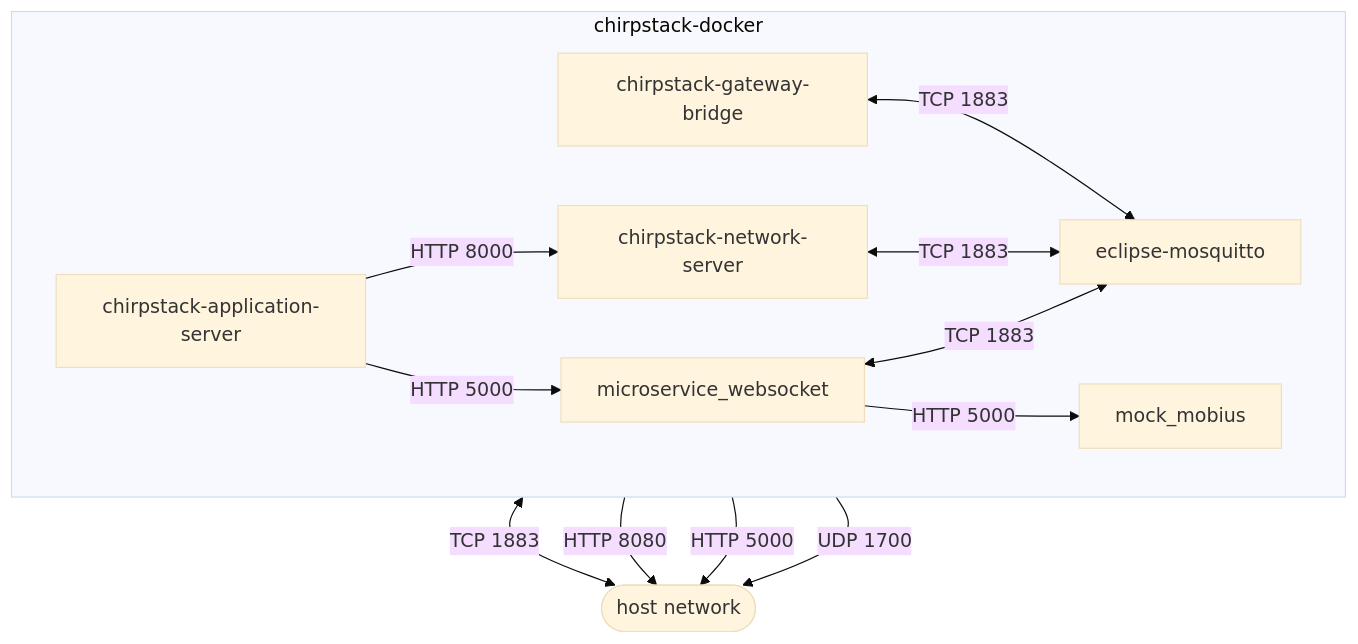
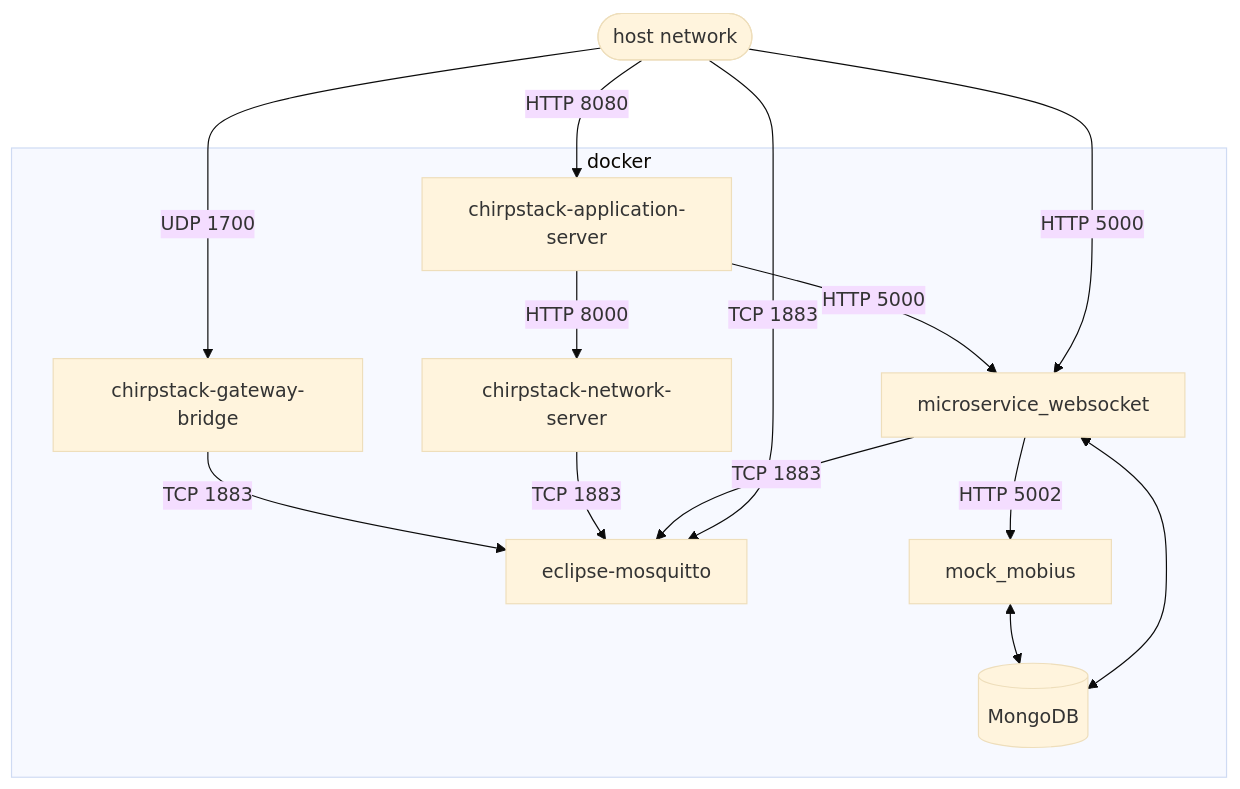
One commit to monemasrl/irma changed the third of 7 diagrams in README.md. Above: the diagram before and after it, drawn with Mermaid (base theme). The commit also changed other lines of this file and 10 other files, not shown here.

````diff
--- a/README.md
+++ b/README.md
@@ -118,22 +81,25 @@
 ```mermaid
-graph TD;
-subgraph chirpstack-docker;
-  direction LR;
+flowchart TD;
+    
+subgraph docker
     cgb[chirpstack-gateway-bridge]
     cns[chirpstack-network-server]
     cas[chirpstack-application-server]
     mqtt[eclipse-mosquitto]
     mobius[mock_mobius]
+    mongo[(MongoDB)]
     msw[microservice_websocket]
 
-    cgb & cns & msw <-- TCP 1883 --> mqtt
+    cgb & cns & msw -- TCP 1883 --> mqtt
+    mobius <--> mongo
+    msw <--> mongo
     cas -- HTTP 8000 --> cns
-    msw -- HTTP 5000 --> mobius
+    msw -- HTTP 5002 --> mobius
     cas -- HTTP 5000 --> msw
 end
 out([host network])
-mqtt <-- TCP 1883 --> out
-cas -- HTTP 8080 --> out
-msw -- HTTP 5000 --> out
-cgb -- UDP 1700 --> out
+out -- TCP 1883 --> mqtt
+out -- HTTP 8080 --> cas
+out -- HTTP 5000 --> msw
+out -- UDP 1700 --> cgb
 ```
````
